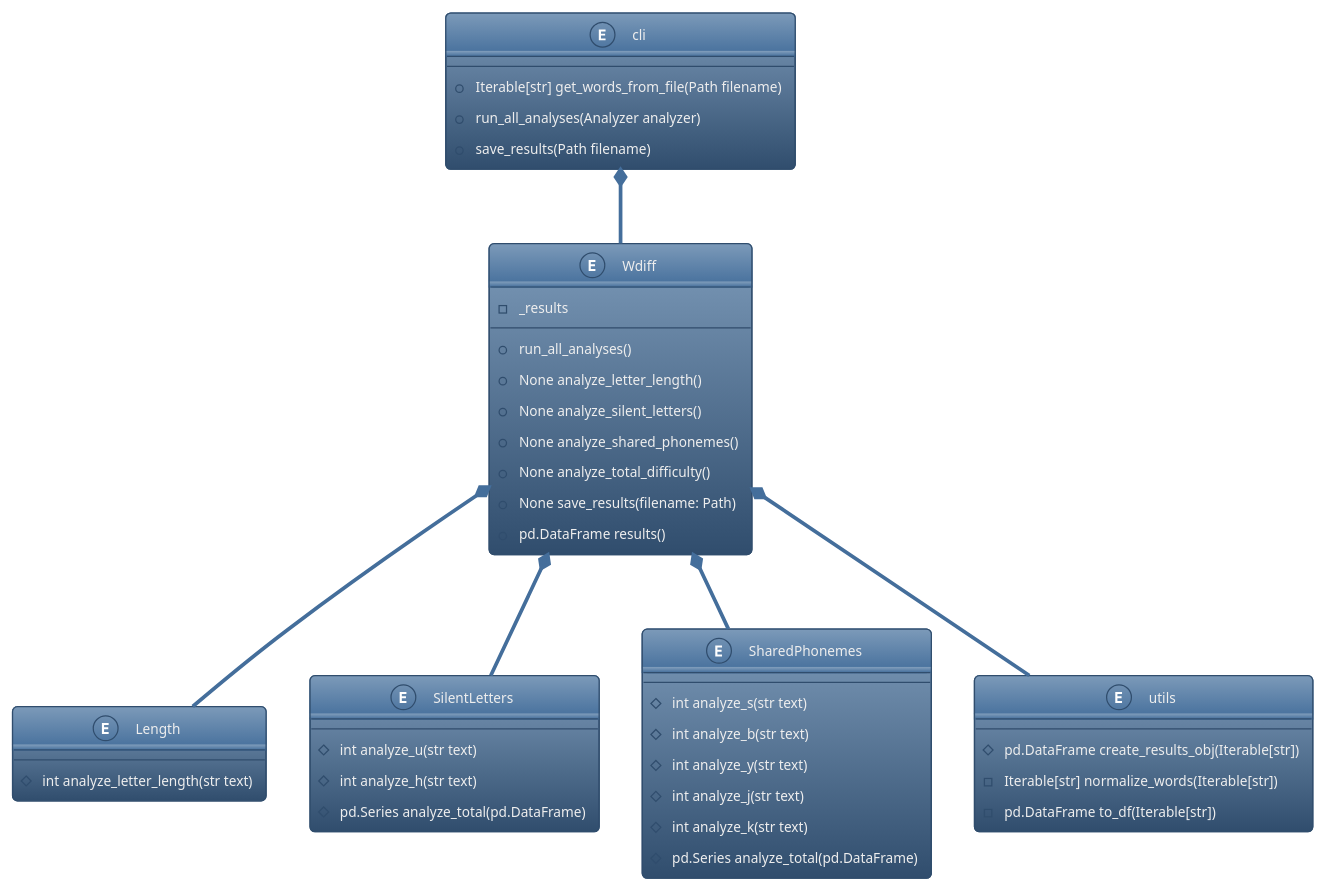
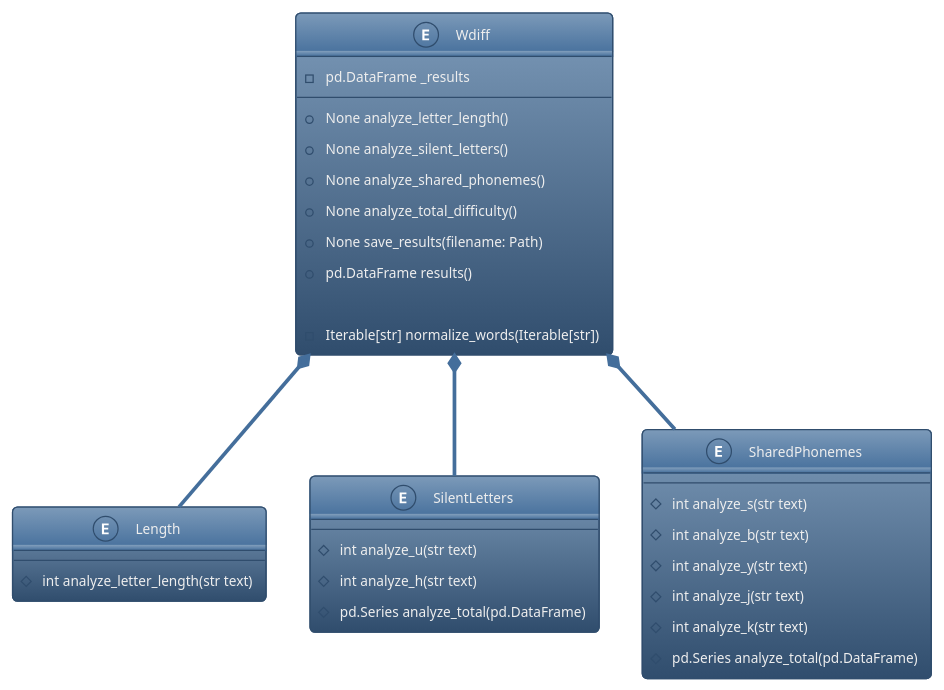
The second of 2 diagrams in docs/design/design_selected.plantuml (mario-bermonti/wdiff), drawn with PlantUML before and after one commit.

Commit message:
[design] Improve design

```diff
--- a/docs/design/design_selected.plantuml
+++ b/docs/design/design_selected.plantuml
@@ -47,50 +47,44 @@
 @startuml attributes
 !theme spacelab
 entity Wdiff {
-    -_results
-    +run_all_analyses()
+    - pd.DataFrame _results
+    ' +run_all_analyses()
     +None analyze_letter_length()
     +None analyze_silent_letters()
     +None analyze_shared_phonemes()
     +None analyze_total_difficulty()
     +None save_results(filename: Path)
     +pd.DataFrame results() 
+
+    -Iterable[str] normalize_words(Iterable[str])
 }
 
 entity Length{
     #int analyze_letter_length(str text)
 }
 entity SilentLetters{
     #int analyze_u(str text)
     #int analyze_h(str text)
     #pd.Series analyze_total(pd.DataFrame)
 }
 
 entity SharedPhonemes{
     #int analyze_s(str text) 
     #int analyze_b(str text)
     #int analyze_y(str text)
     #int analyze_j(str text)
     #int analyze_k(str text)
     #pd.Series analyze_total(pd.DataFrame)
 }
 
-entity cli{
-    +Iterable[str] get_words_from_file(Path filename)
-    +run_all_analyses(Analyzer analyzer)
-    +save_results(Path filename)
-}
+' entity cli{
+'     +Iterable[str] get_words_from_file(Path filename)
+'     +run_all_analyses(Analyzer analyzer)
+'     +save_results(Path filename)
+' }
 
-entity utils{
-    #pd.DataFrame create_results_obj(Iterable[str])
-    -Iterable[str] normalize_words(Iterable[str])
-    -pd.DataFrame to_df(Iterable[str])  
-}
-
-Wdiff *-- utils
 Wdiff *-- Length
 Wdiff *-- SilentLetters
 Wdiff *-- SharedPhonemes
-cli *-- Wdiff
 
 @enduml
```
